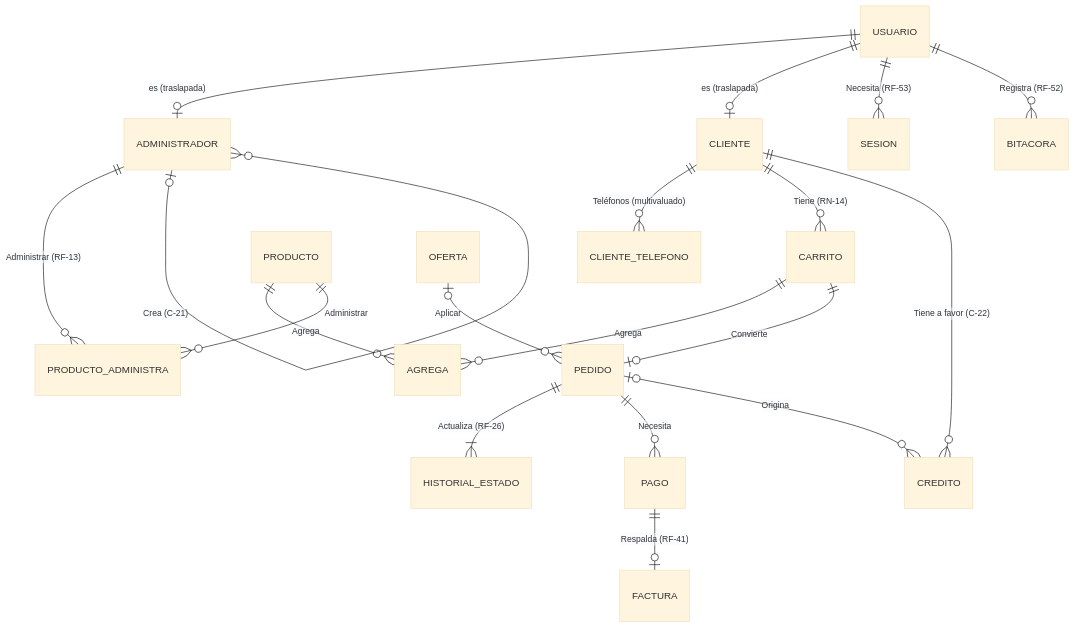
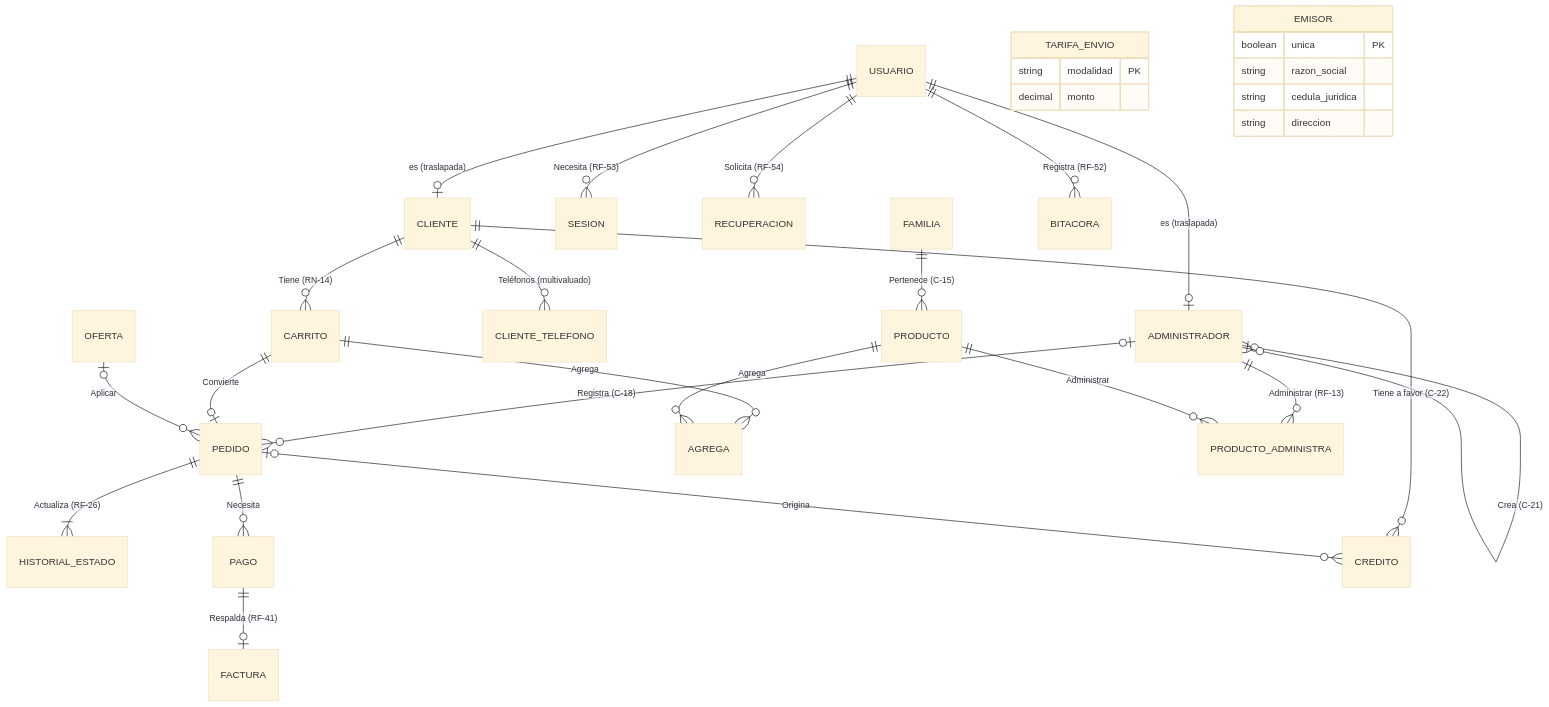
The diagram in documentos/diseño/modelo-datos.md (juanselospi/21CoPilots_PIBasesIngesoft), drawn with Mermaid (base theme) before and after one commit. The commit also changed other lines of this file and 3 other files, not shown here.

````diff
--- a/documentos/diseño/modelo-datos.md
+++ b/documentos/diseño/modelo-datos.md
@@ -42,21 +43,34 @@
 ```mermaid
 erDiagram
     USUARIO ||--o| ADMINISTRADOR : "es (traslapada)"
     USUARIO ||--o| CLIENTE : "es (traslapada)"
     USUARIO ||--o{ SESION : "Necesita (RF-53)"
+    USUARIO ||--o{ RECUPERACION : "Solicita (RF-54)"
+    FAMILIA ||--o{ PRODUCTO : "Pertenece (C-15)"
+    ADMINISTRADOR |o--o{ PEDIDO : "Registra (C-18)"
     CLIENTE ||--o{ CLIENTE_TELEFONO : "Teléfonos (multivaluado)"
     CLIENTE ||--o{ CARRITO : "Tiene (RN-14)"
     CARRITO ||--o{ AGREGA : Agrega
     PRODUCTO ||--o{ AGREGA : Agrega
     CARRITO ||--o| PEDIDO : Convierte
     OFERTA |o--o{ PEDIDO : Aplicar
     PEDIDO ||--|{ HISTORIAL_ESTADO : "Actualiza (RF-26)"
     PEDIDO ||--o{ PAGO : Necesita
     PAGO ||--o| FACTURA : "Respalda (RF-41)"
     ADMINISTRADOR ||--o{ PRODUCTO_ADMINISTRA : "Administrar (RF-13)"
     PRODUCTO ||--o{ PRODUCTO_ADMINISTRA : Administrar
     USUARIO ||--o{ BITACORA : "Registra (RF-52)"
     ADMINISTRADOR |o--o{ ADMINISTRADOR : "Crea (C-21)"
     CLIENTE ||--o{ CREDITO : "Tiene a favor (C-22)"
     PEDIDO |o--o{ CREDITO : Origina
+    TARIFA_ENVIO {
+        string modalidad PK
+        decimal monto
+    }
+    EMISOR {
+        boolean unica PK
+        string razon_social
+        string cedula_juridica
+        string direccion
+    }
 ```
````
